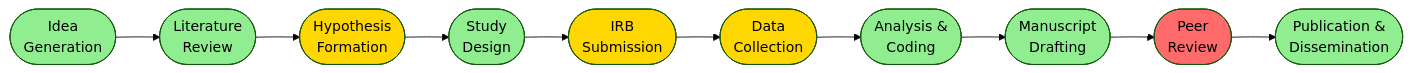
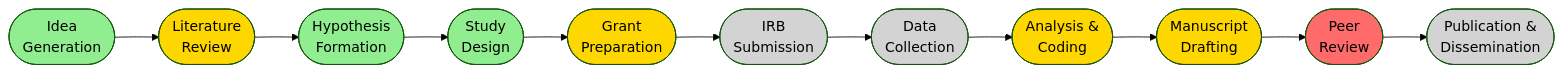
One commit to seandavi/campus-llm-kb changed the diagram in resources_research.qmd. Above: the diagram before and after it, drawn with Mermaid (forest theme). The commit also changed other lines of this file, not shown here.

First paragraph of the commit message:
Reconcile the policy table and lifecycle figure with the prose
Both exhibits contradicted the text they illustrate, and a reader who skims
the exhibits took away the opposite of the argument.

````diff
--- a/resources_research.qmd
+++ b/resources_research.qmd
@@ -144,26 +144,28 @@
 ```{mermaid}
 %%| label: fig-research-lifecycle
-%%| fig-cap: "The biomedical research lifecycle with generative AI tool applicability. Green nodes indicate mature, lower-risk AI applications. Yellow nodes indicate useful but higher-risk applications requiring human verification. Red indicates institutional or regulatory prohibition."
+%%| fig-cap: "The biomedical research lifecycle, coded by the risk that an unverified AI output reaches the permanent record. Green marks stages where a bad output is cheap to discard and its failure is obvious. Yellow marks stages where the failure is silent and verification is the control: citation misattribution in literature review, analysis code that runs and is wrong, fabricated references in drafting, and the NIH originality bar in grant preparation. Red marks regulatory prohibition. Grey marks stages this chapter does not address, where AI is in real use and the guidance belongs elsewhere in the book."
 
 flowchart LR
-    A([Idea\nGeneration]) --> B([Literature\nReview])
-    B --> C([Hypothesis\nFormation])
-    C --> D([Study\nDesign])
-    D --> E([IRB\nSubmission])
-    E --> F([Data\nCollection])
-    F --> G([Analysis &\nCoding])
-    G --> H([Manuscript\nDrafting])
-    H --> I([Peer\nReview])
-    I --> J([Publication &\nDissemination])
+    A([Idea<br/>Generation]) --> B([Literature<br/>Review])
+    B --> C([Hypothesis<br/>Formation])
+    C --> D([Study<br/>Design])
+    D --> K([Grant<br/>Preparation])
+    K --> E([IRB<br/>Submission])
+    E --> F([Data<br/>Collection])
+    F --> G([Analysis &<br/>Coding])
+    G --> H([Manuscript<br/>Drafting])
+    H --> I([Peer<br/>Review])
+    I --> J([Publication &<br/>Dissemination])
 
     style A fill:#90EE90
-    style B fill:#90EE90
-    style C fill:#FFD700
+    style B fill:#FFD700
+    style C fill:#90EE90
     style D fill:#90EE90
-    style E fill:#FFD700
-    style F fill:#FFD700
-    style G fill:#90EE90
-    style H fill:#90EE90
+    style K fill:#FFD700
+    style E fill:#D3D3D3
+    style F fill:#D3D3D3
+    style G fill:#FFD700
+    style H fill:#FFD700
     style I fill:#FF6B6B
-    style J fill:#90EE90
+    style J fill:#D3D3D3
 ```
````
